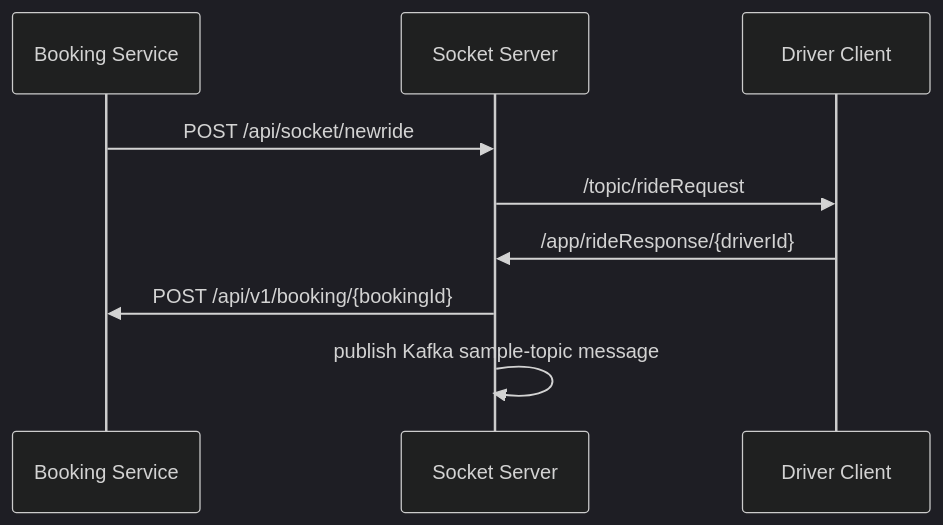
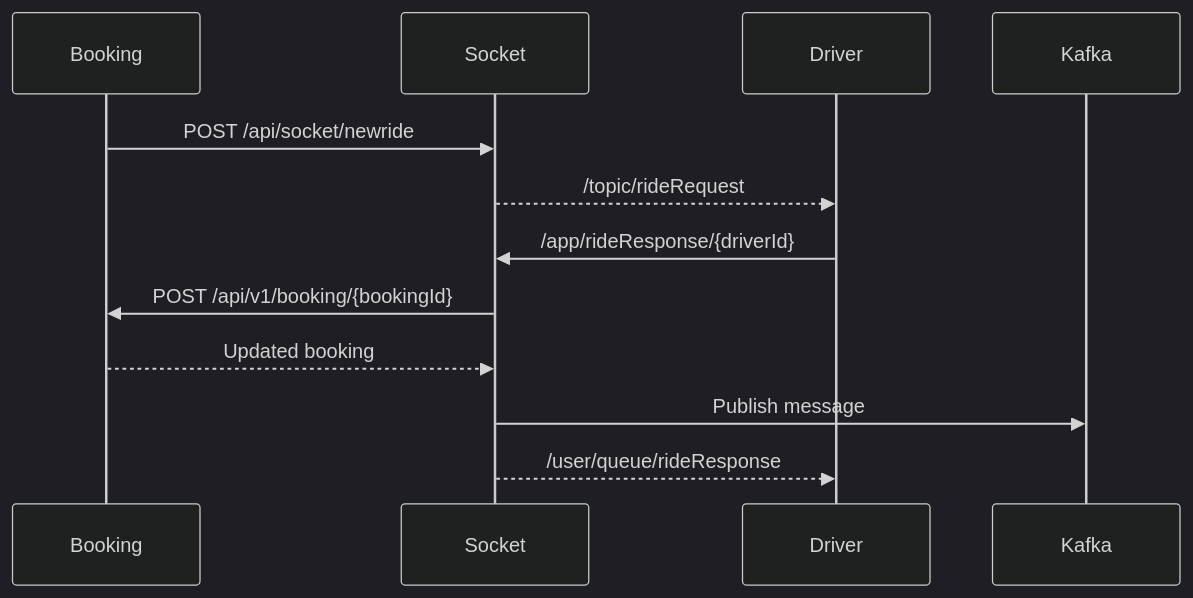
Before and after one commit to Abhilash-Panja/Socket-Server: the second of 2 diagrams in README.md, drawn with Mermaid (dark theme). The commit also changed other lines of this file, not shown here.

````diff
--- a/README.md
+++ b/README.md
@@ -50,12 +70,21 @@
 ```mermaid
 sequenceDiagram
-    participant B as Booking Service
-    participant S as Socket Server
-    participant D as Driver Client
+    participant Booking
+    participant Socket
+    participant Driver
+    participant Kafka
 
-    B->>S: POST /api/socket/newride
-    S->>D: /topic/rideRequest
-    D->>S: /app/rideResponse/{driverId}
-    S->>B: POST /api/v1/booking/{bookingId}
-    S->>S: publish Kafka sample-topic message
+    Booking->>Socket: POST /api/socket/newride
+
+    Socket-->>Driver: /topic/rideRequest
+
+    Driver->>Socket: /app/rideResponse/{driverId}
+
+    Socket->>Booking: POST /api/v1/booking/{bookingId}
+
+    Booking-->>Socket: Updated booking
+
+    Socket->>Kafka: Publish message
+
+    Socket-->>Driver: /user/queue/rideResponse
 ```
````
